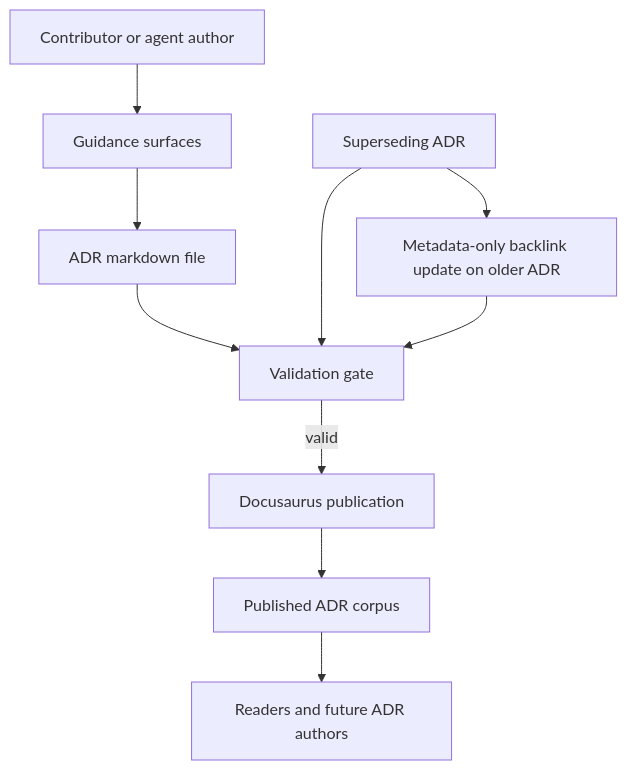
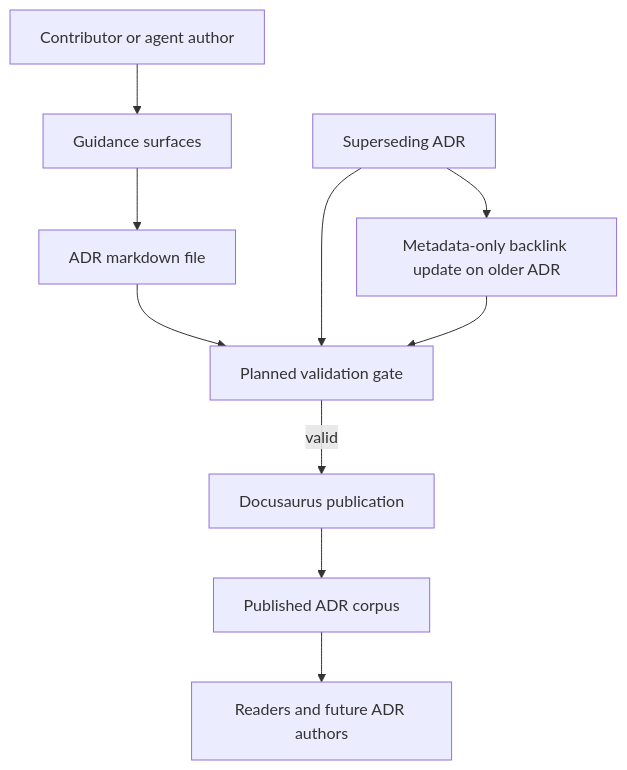
The diagram in docs/Docusaurus/docs/adr/2026-03-25-redesign-adr-governance-publication-model--215831956.md (Gibbs-Morris/mississippi), drawn with Mermaid before and after one commit. The commit also changed other lines of this file and 2 other files, not shown here.

Commit message:
Refine ADR governance documentation review fixes

````diff
--- a/docs/Docusaurus/docs/adr/2026-03-25-redesign-adr-governance-publication-model--215831956.md
+++ b/docs/Docusaurus/docs/adr/2026-03-25-redesign-adr-governance-publication-model--215831956.md
@@ -28,12 +28,12 @@
 ```mermaid
 flowchart TD
     Author[Contributor or agent author] --> Guide[Guidance surfaces]
     Guide --> ADR[ADR markdown file]
-    ADR --> Validate[Validation gate]
+  ADR --> Validate[Planned validation gate]
     Validate -->|valid| Publish[Docusaurus publication]
     Publish --> Corpus[Published ADR corpus]
     Corpus --> Reader[Readers and future ADR authors]
     Newer[Superseding ADR] --> Validate
     Newer --> Backlink[Metadata-only backlink update on older ADR]
     Backlink --> Validate
 ```
````
